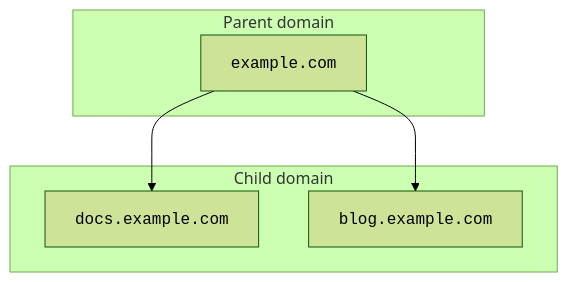
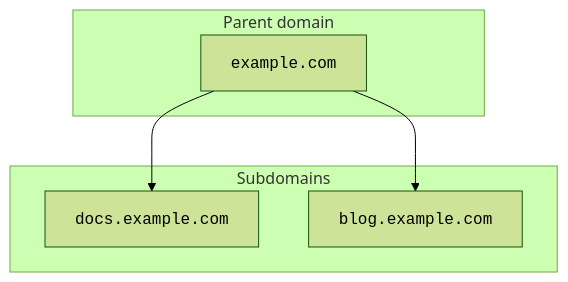
Before and after one commit to cloudflare/cloudflare-docs: the diagram in content/dns/zone-setups/subdomain-setup/setup/_index.md, drawn with Mermaid (forest theme). The commit also changed other lines of this file, not shown here.

````diff
--- a/content/dns/zone-setups/subdomain-setup/setup/_index.md
+++ b/content/dns/zone-setups/subdomain-setup/setup/_index.md
@@ -17,13 +18,14 @@
 ```mermaid
     flowchart TD
-      accTitle: DNS resolution flow with CNAME target in same partial zone
+      accTitle: Example of parent zone and subdomains
       A[<code>example.com</code>] --> B[<code>docs.example.com</code>]
       A[<code>example.com</code>] --> C[<code>blog.example.com</code>]
       subgraph Parent domain
         A
       end
-      subgraph Child domain
+      subgraph Subdomains
         B
         C
       end
+
 ```
````
